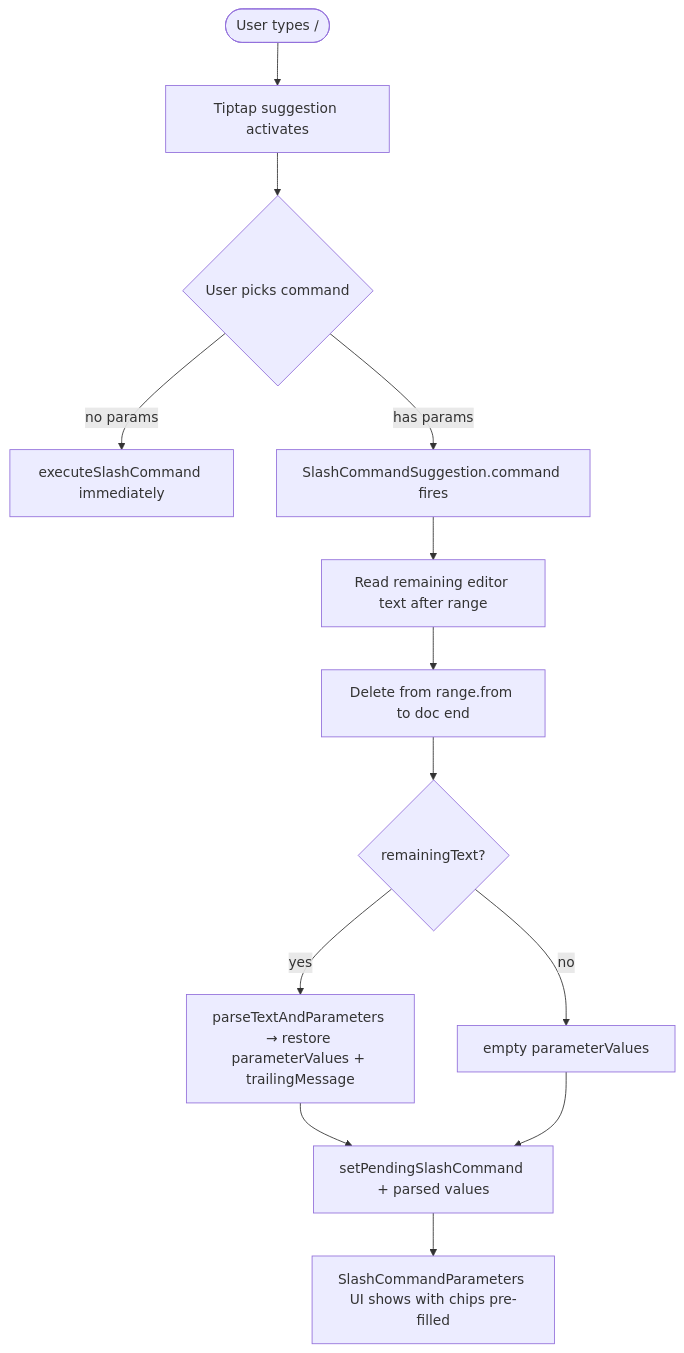
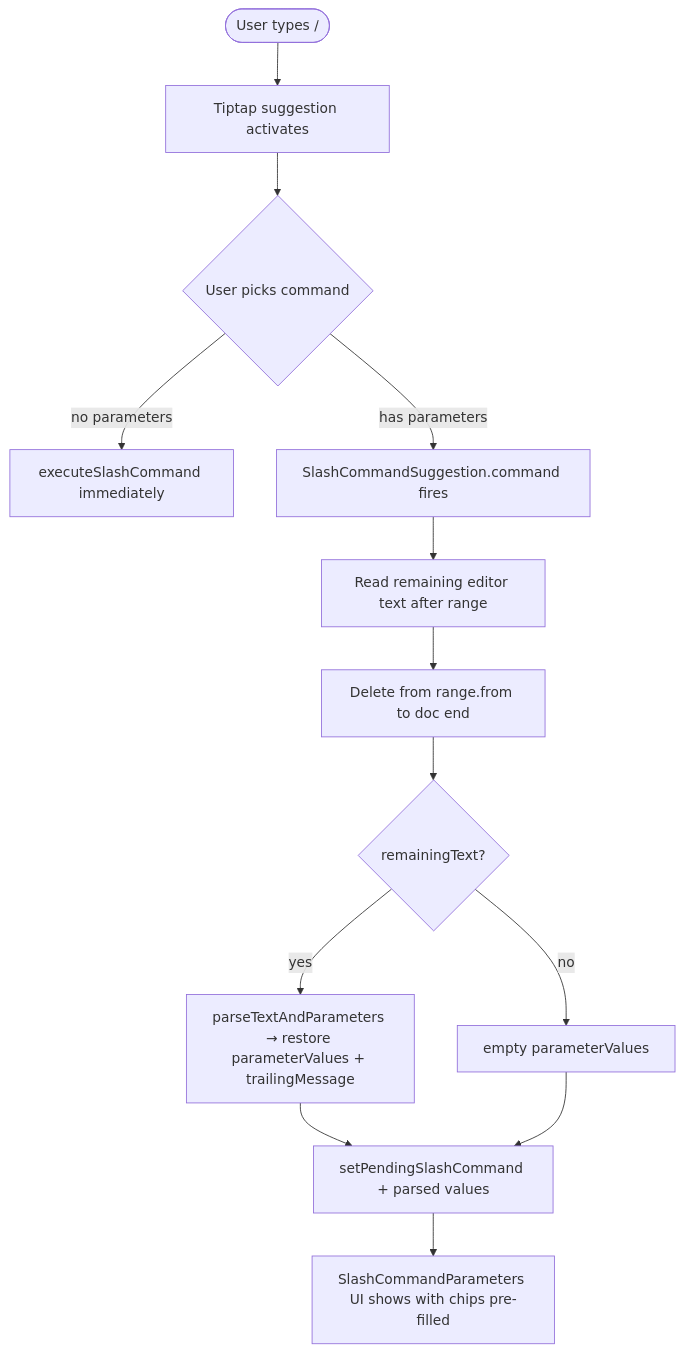
The first of 3 diagrams in features/esbabbler/specs/slash-commands.md (Esposter/Esposter), drawn with Mermaid before and after one commit. The commit also changed other lines of this file and 5 other files, not shown here.

````diff
--- a/features/esbabbler/specs/slash-commands.md
+++ b/features/esbabbler/specs/slash-commands.md
@@ -133,15 +133,15 @@
 ```mermaid
 flowchart TD
     A([User types /]) --> B[Tiptap suggestion activates]
     B --> C{User picks command}
-    C -->|no params| D[executeSlashCommand immediately]
-    C -->|has params| E[SlashCommandSuggestion.command fires]
+    C -->|no parameters| D[executeSlashCommand immediately]
+    C -->|has parameters| E[SlashCommandSuggestion.command fires]
     E --> F[Read remaining editor text after range]
     F --> G[Delete from range.from to doc end]
     G --> H{remainingText?}
     H -->|yes| I[parseTextAndParameters → restore parameterValues + trailingMessage]
     H -->|no| J[empty parameterValues]
     I --> K[setPendingSlashCommand + parsed values]
     J --> K
     K --> L[SlashCommandParameters UI shows with chips pre-filled]
 ```
````
